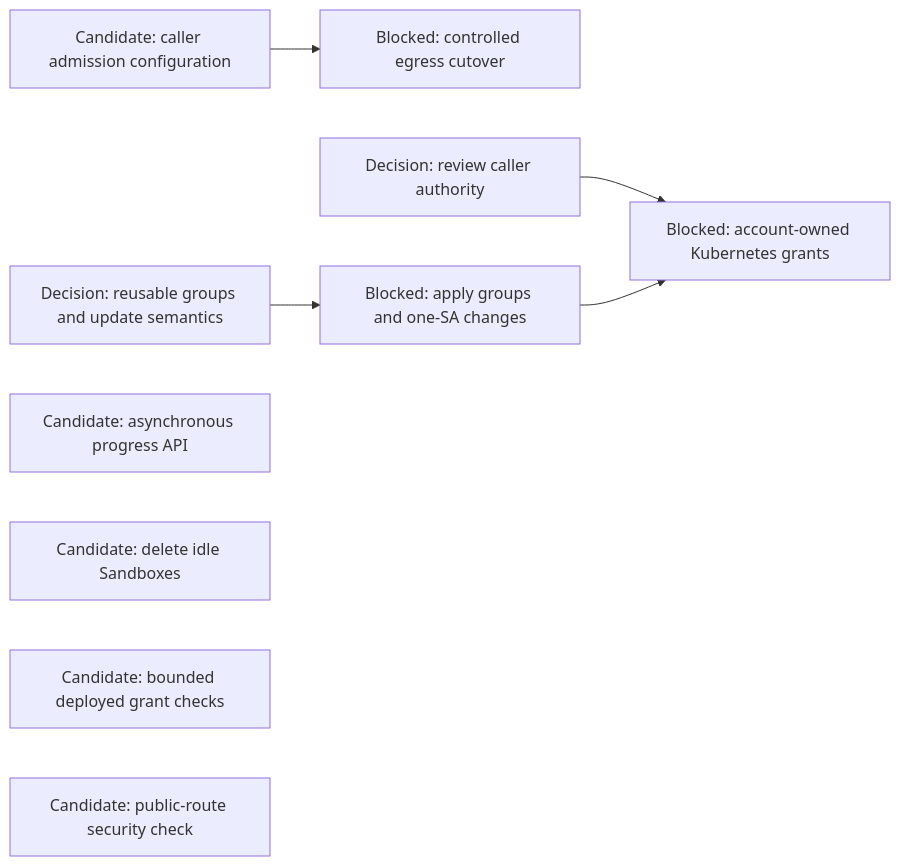
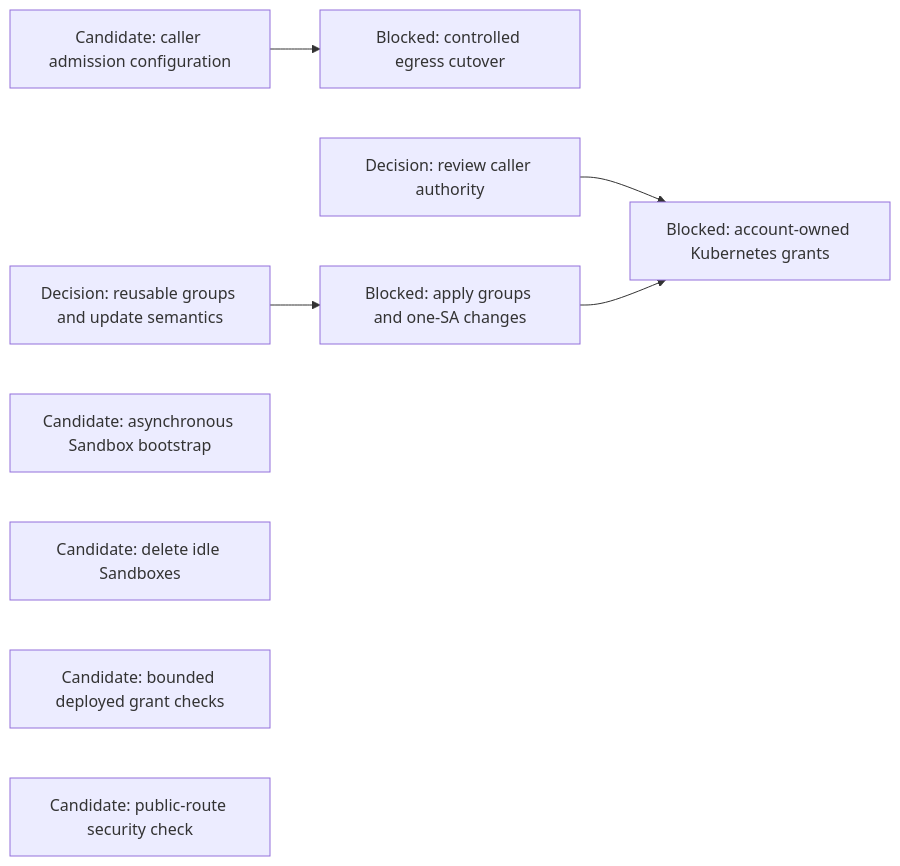
Before and after one commit to agentydragon-agent/ducktape: the eighth of 14 diagrams in agentplane/plans/task_dag.md, drawn with Mermaid. The commit also changed other lines of this file and 1 other file, not shown here.

````diff
--- a/agentplane/plans/task_dag.md
+++ b/agentplane/plans/task_dag.md
@@ -467,11 +471,11 @@
 ```mermaid
 flowchart LR
     PC_EGRESS_CREDENTIALS[Candidate: caller admission configuration] --> PC_EGRESS[Blocked: controlled egress cutover]
     CLAUDE_AI_SA[Decision: review caller authority] --> MANAGED_SA_RBAC[Blocked: account-owned Kubernetes grants]
     KUBERNETES_RBAC_POLICIES[Decision: reusable groups and update semantics] --> KUBERNETES_RBAC_POLICY_BINDINGS[Blocked: apply groups and one-SA changes]
     KUBERNETES_RBAC_POLICY_BINDINGS --> MANAGED_SA_RBAC
-    BOOTSTRAP_PROGRESS_CONTRACT[Candidate: asynchronous progress API]
+    BOOTSTRAP_PROGRESS_CONTRACT[Candidate: asynchronous Sandbox bootstrap]
     SANDBOX_IDLE_EXPIRY[Candidate: delete idle Sandboxes]
     SANDBOX_RBAC[Candidate: bounded deployed grant checks]
     NOTIFICATION_INGRESS_BOUNDARY[Candidate: public-route security check]
 ```
````
